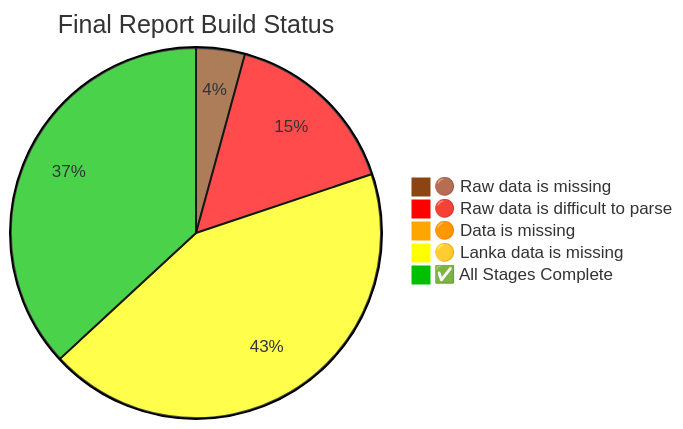
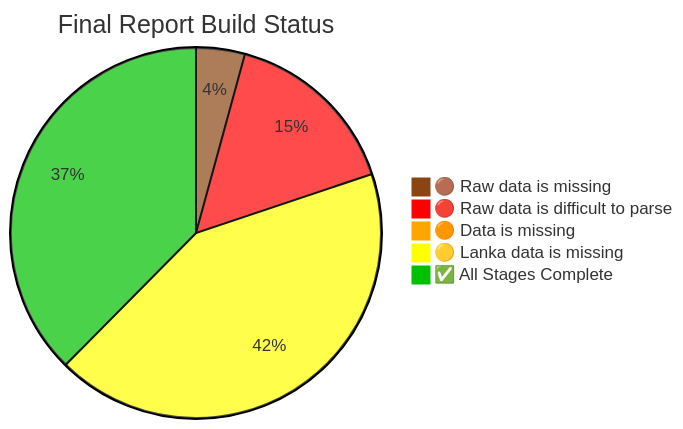
One commit to nuuuwan/lk_census_2024 changed the diagram in README.md. Above: the diagram before and after it, drawn with Mermaid. The commit also changed other lines of this file and 3 other files, not shown here.

````diff
--- a/README.md
+++ b/README.md
@@ -220,9 +220,9 @@
 ```mermaid
 %%{init: {"theme": "base", "themeVariables": {"pie1": "#8B4513", "pie2": "#FF0000", "pie3": "#FFA500", "pie4": "#FFFF00", "pie5": "#00c000"}}}%%
 pie title Final Report Build Status
 "🟤 Raw data is missing" : 6
     "🔴 Raw data is difficult to parse" : 22
     "🟠 Data is missing" : 1
-    "🟡 Lanka data is missing" : 61
-    "✅ All Stages Complete" : 52
+    "🟡 Lanka data is missing" : 60
+    "✅ All Stages Complete" : 53
 ```
````
